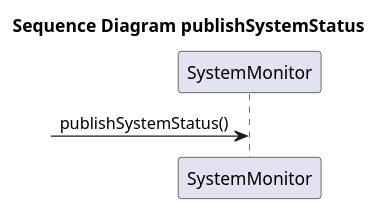
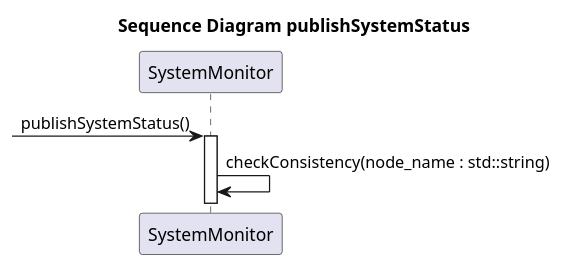
One commit to sonia-auv/sonia_deploy changed the diagram in doc/SequenceDiagram_publishSystemStatus.wsd. Above: the diagram before and after it, drawn with PlantUML. The commit also changed 2 other files, not shown here.

```diff
--- a/doc/SequenceDiagram_publishSystemStatus.wsd
+++ b/doc/SequenceDiagram_publishSystemStatus.wsd
@@ -1,8 +1,10 @@
 @startuml Sequence Diagram publishSystemStatus
 title Sequence Diagram publishSystemStatus
 
 participant SystemMonitor as sys
 
 -> sys : publishSystemStatus()
+Activate sys
+sys -> sys : checkConsistency(node_name : std::string)
 
 @enduml
```
